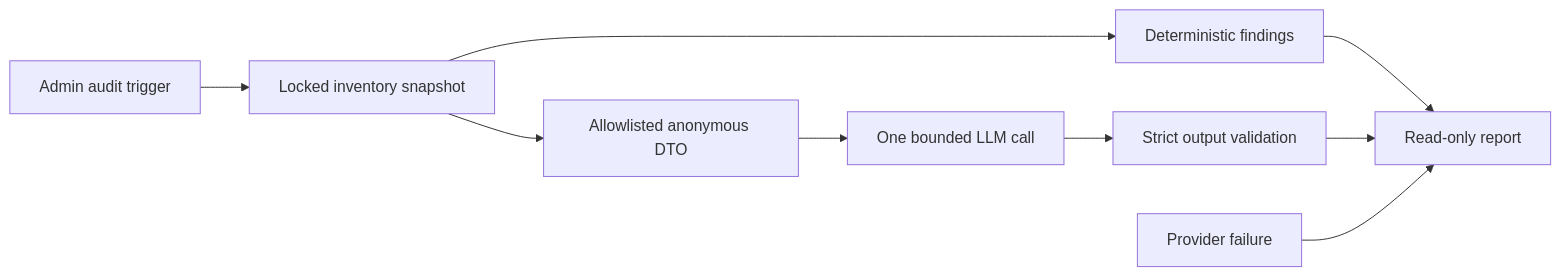
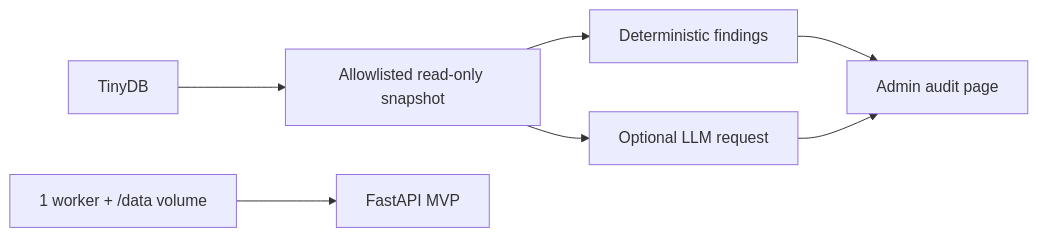
The fifth of 5 diagrams in docs/superpowers/plans/2026-07-22-hardware-hub-roadmap.md (komaksym/booksy-assignment), drawn with Mermaid before and after one commit. The commit also changed other lines of this file and 3 other files, not shown here.

First line of the commit message:
docs(roadmap): focus MVP delivery

````diff
--- a/docs/superpowers/plans/2026-07-22-hardware-hub-roadmap.md
+++ b/docs/superpowers/plans/2026-07-22-hardware-hub-roadmap.md
@@ -982,11 +671,9 @@
-  ```mermaid
-  flowchart LR
-      Trigger["Admin audit trigger"] --> Snapshot["Locked inventory snapshot"]
-      Snapshot --> Rules["Deterministic findings"]
-      Snapshot --> DTO["Allowlisted anonymous DTO"]
-      DTO --> LLM["One bounded LLM call"]
-      LLM --> Validate["Strict output validation"]
-      Rules --> Report["Read-only report"]
-      Validate --> Report
-      Failure["Provider failure"] --> Report
-  ```
+```mermaid
+flowchart LR
+    TinyDB --> Snapshot["Allowlisted read-only snapshot"]
+    Snapshot --> Rules["Deterministic findings"]
+    Snapshot --> LLM["Optional LLM request"]
+    Rules --> AuditUI["Admin audit page"]
+    LLM --> AuditUI
+    Railway["1 worker + /data volume"] --> App["FastAPI MVP"]
+```
````
